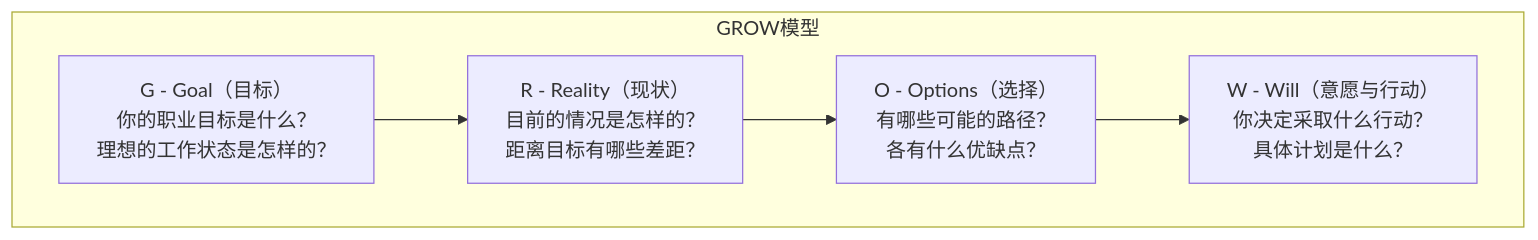
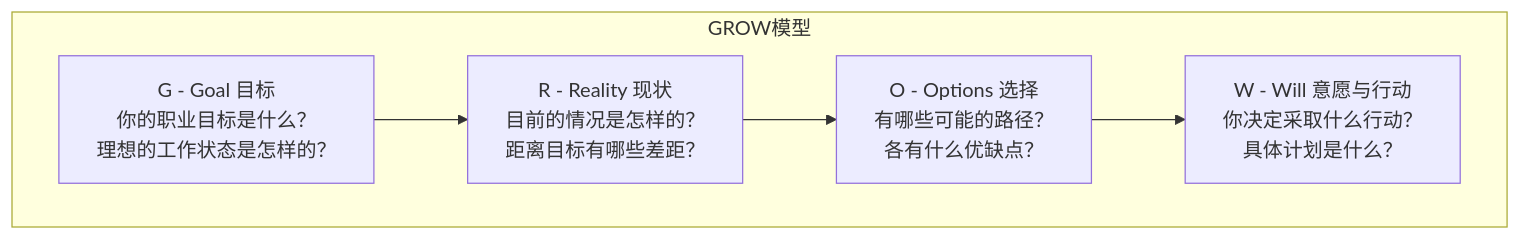
Before and after one commit to jpixy/jpixy.github.io: the third of 9 diagrams in content/articles/leadership/mgr-03-员工发展与辅导指南.md, drawn with Mermaid. The commit also changed other lines of this file and 66 other files, not shown here.

Commit message:
fix: resolve Mermaid syntax errors by removing parentheses in node labels

````diff
--- a/content/articles/leadership/mgr-03-员工发展与辅导指南.md
+++ b/content/articles/leadership/mgr-03-员工发展与辅导指南.md
@@ -168,10 +168,10 @@
 ```mermaid
 graph TB
     subgraph GROW模型
-        G["G - Goal（目标）<br/>你的职业目标是什么？<br/>理想的工作状态是怎样的？"]
-        R["R - Reality（现状）<br/>目前的情况是怎样的？<br/>距离目标有哪些差距？"]
-        O["O - Options（选择）<br/>有哪些可能的路径？<br/>各有什么优缺点？"]
-        W["W - Will（意愿与行动）<br/>你决定采取什么行动？<br/>具体计划是什么？"]
+        G["G - Goal 目标<br/>你的职业目标是什么？<br/>理想的工作状态是怎样的？"]
+        R["R - Reality 现状<br/>目前的情况是怎样的？<br/>距离目标有哪些差距？"]
+        O["O - Options 选择<br/>有哪些可能的路径？<br/>各有什么优缺点？"]
+        W["W - Will 意愿与行动<br/>你决定采取什么行动？<br/>具体计划是什么？"]
     end
     G --> R --> O --> W
 ```
````
